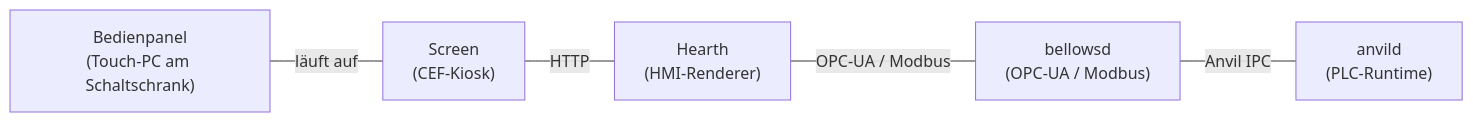
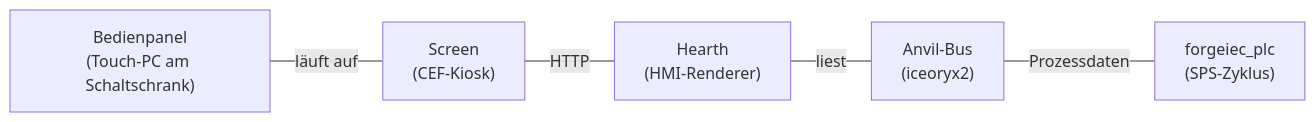
Before and after one commit to Beerlesklopfer/forgeiec-website: the diagram in content/de/plattform/screen.md, drawn with Mermaid. The commit also changed other lines of this file and 3 other files, not shown here.

Commit message:
platform/screen, ledger: Hearth reads the Anvil bus, Ledger planned, licence

````diff
--- a/content/de/plattform/screen.md
+++ b/content/de/plattform/screen.md
@@ -43,13 +43,13 @@
 ```mermaid
 flowchart LR
     Panel["Bedienpanel<br/>(Touch-PC am Schaltschrank)"]
     Screen["Screen<br/>(CEF-Kiosk)"]
     Hearth["Hearth<br/>(HMI-Renderer)"]
-    Bellows["bellowsd<br/>(OPC-UA / Modbus)"]
-    Anvild["anvild<br/>(PLC-Runtime)"]
+    Anvil["Anvil-Bus<br/>(iceoryx2)"]
+    Plc["forgeiec_plc<br/>(SPS-Zyklus)"]
 
     Panel ---|"läuft auf"| Screen
     Screen ---|"HTTP"| Hearth
-    Hearth ---|"OPC-UA / Modbus"| Bellows
-    Bellows ---|"Anvil IPC"| Anvild
+    Hearth ---|"liest"| Anvil
+    Anvil ---|"Prozessdaten"| Plc
 ```
````
